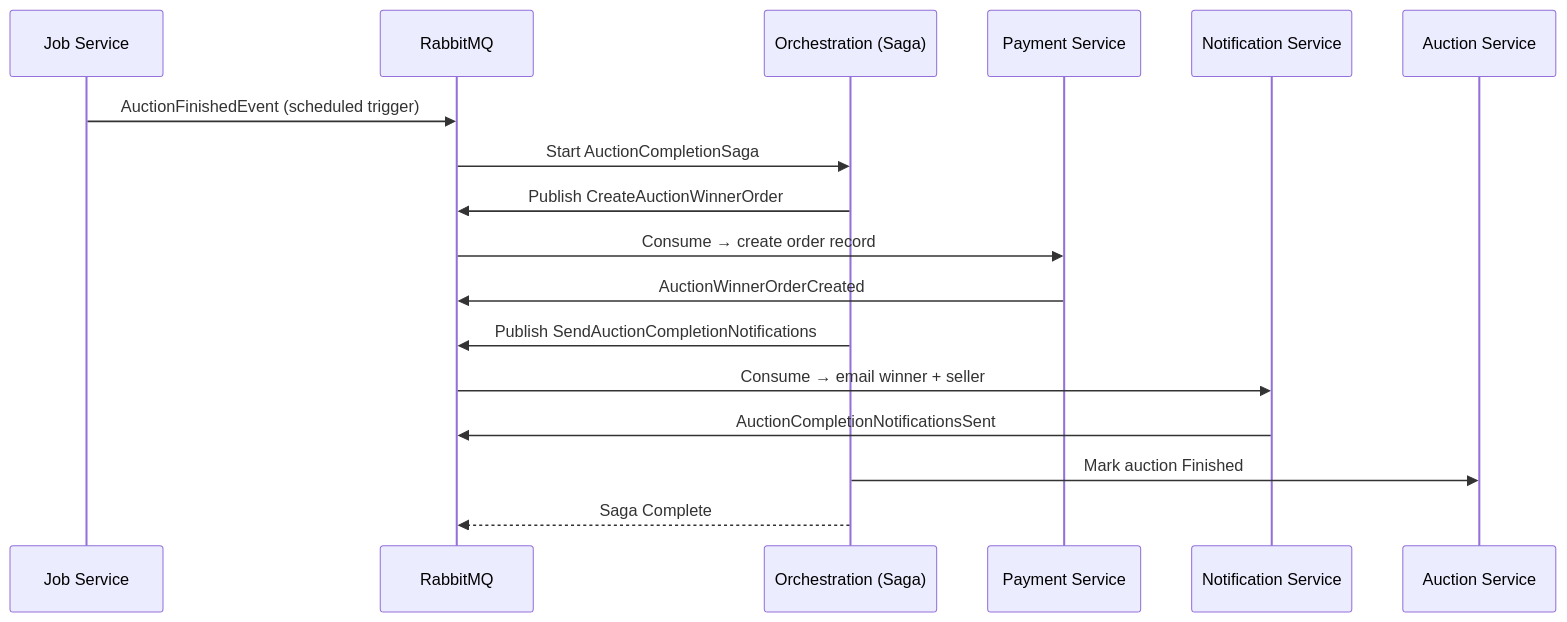
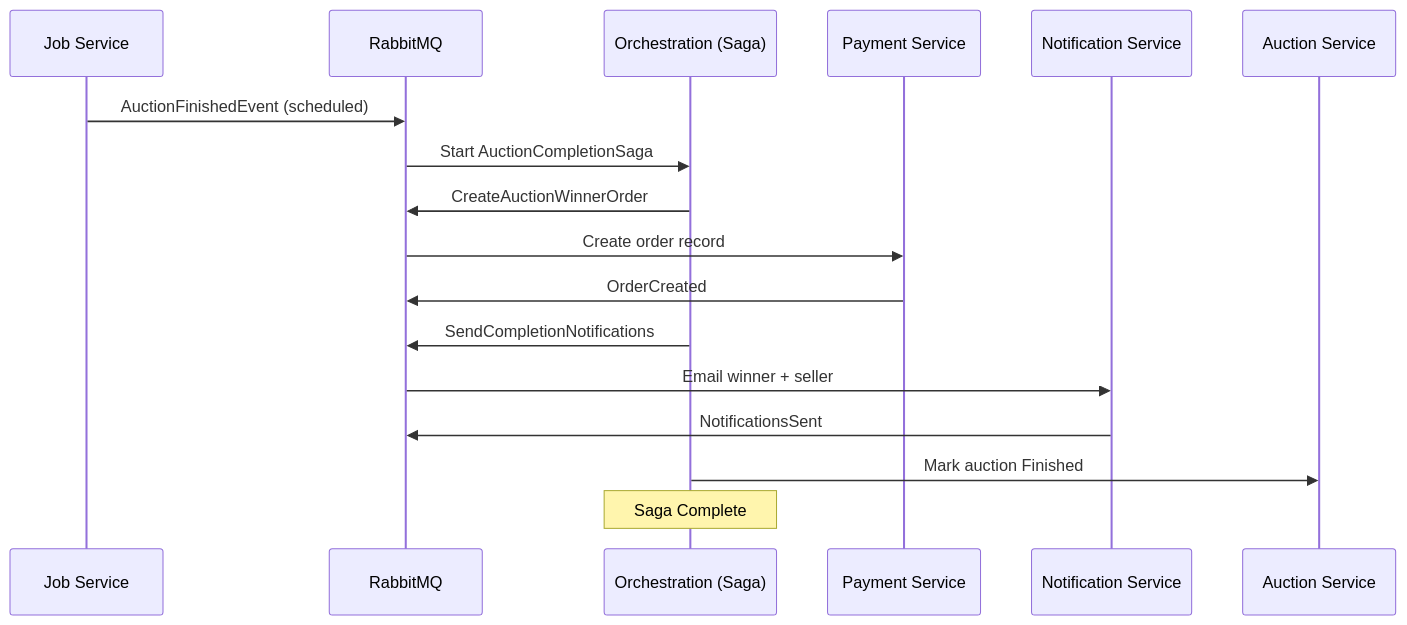
One commit to blanho/auction-platform-microservices changed the fifth of 9 diagrams in README.md. Above: the diagram before and after it, drawn with Mermaid. The commit also changed other lines of this file and 5 other files, not shown here.

````diff
--- a/README.md
+++ b/README.md
@@ -283,22 +296,22 @@
 ```mermaid
 sequenceDiagram
     participant JOB as Job Service
     participant MQ as RabbitMQ
     participant ORC as Orchestration (Saga)
     participant PAY as Payment Service
     participant NOT as Notification Service
     participant AUC as Auction Service
 
-    JOB->>MQ: AuctionFinishedEvent (scheduled trigger)
+    JOB->>MQ: AuctionFinishedEvent (scheduled)
     MQ->>ORC: Start AuctionCompletionSaga
-    ORC->>MQ: Publish CreateAuctionWinnerOrder
-    MQ->>PAY: Consume → create order record
-    PAY->>MQ: AuctionWinnerOrderCreated
+    ORC->>MQ: CreateAuctionWinnerOrder
+    MQ->>PAY: Create order record
+    PAY->>MQ: OrderCreated
 
-    ORC->>MQ: Publish SendAuctionCompletionNotifications
-    MQ->>NOT: Consume → email winner + seller
-    NOT->>MQ: AuctionCompletionNotificationsSent
+    ORC->>MQ: SendCompletionNotifications
+    MQ->>NOT: Email winner + seller
+    NOT->>MQ: NotificationsSent
 
     ORC->>AUC: Mark auction Finished
-    ORC-->>MQ: Saga Complete
+    Note over ORC: Saga Complete
 ```
````
